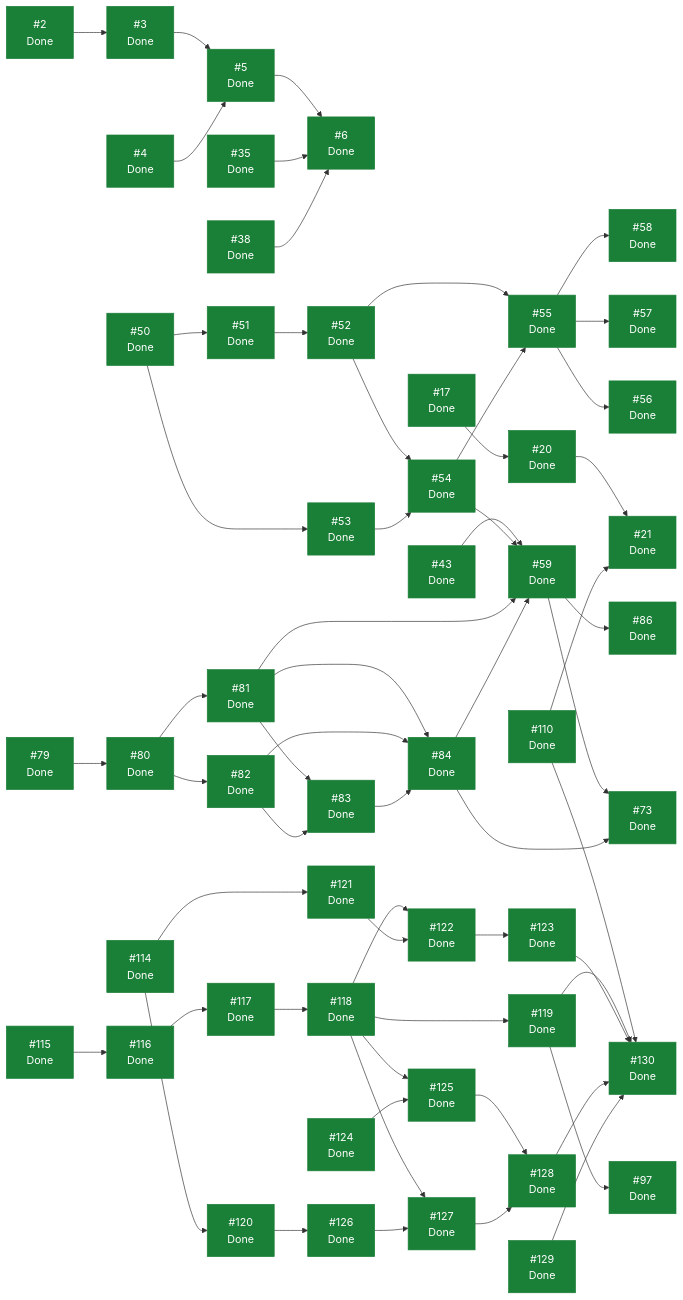
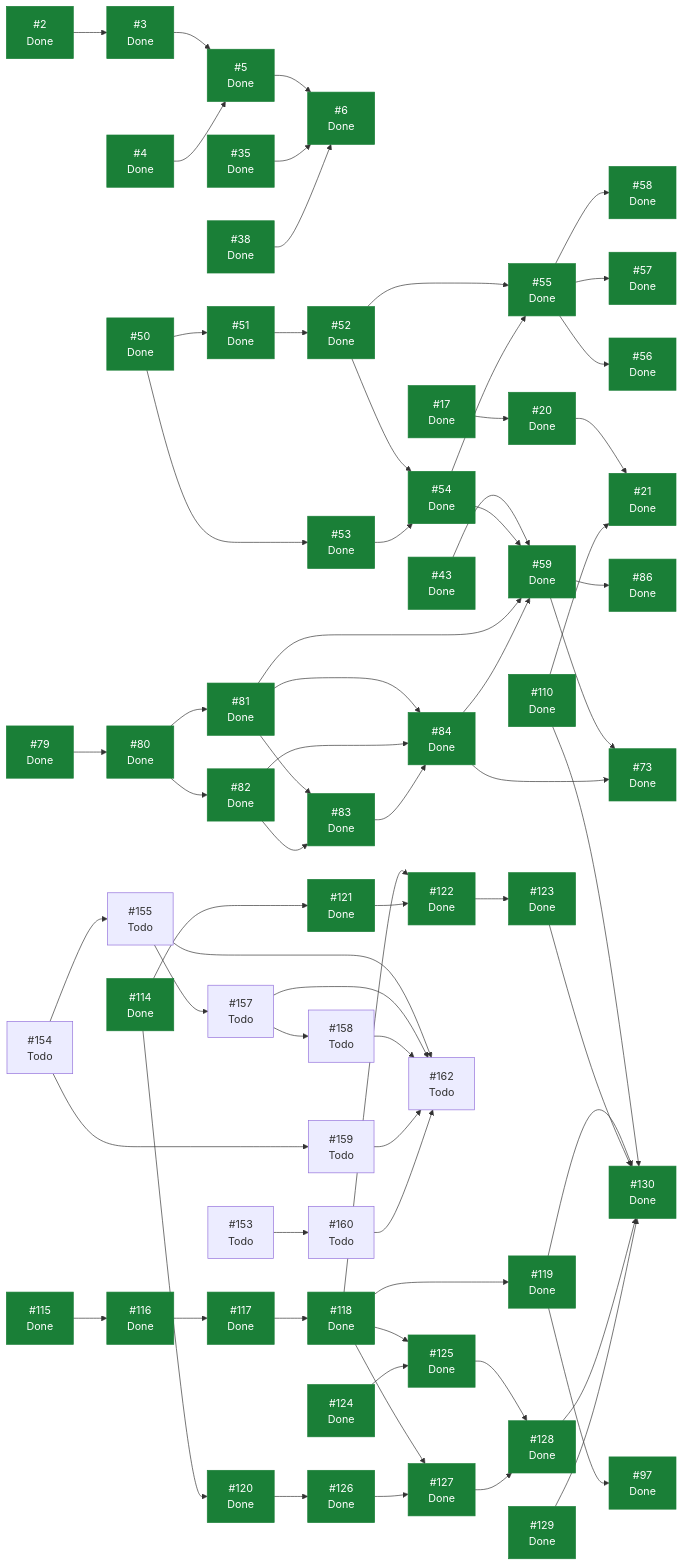
Before and after one commit to ecamp0s/evault: the diagram in docs/planning/STATUS.md, drawn with Mermaid. The commit also changed other lines of this file and 2 other files, not shown here.

````diff
--- a/docs/planning/STATUS.md
+++ b/docs/planning/STATUS.md
@@ -185,6 +209,14 @@
   I128["#128<br/>Done"]
   I129["#129<br/>Done"]
   I130["#130<br/>Done"]
+  I153["#153<br/>Todo"]
+  I154["#154<br/>Todo"]
+  I155["#155<br/>Todo"]
+  I157["#157<br/>Todo"]
+  I158["#158<br/>Todo"]
+  I159["#159<br/>Todo"]
+  I160["#160<br/>Todo"]
+  I162["#162<br/>Todo"]
   I2 --> I3
   I3 --> I5
   I4 --> I5
@@ -241,6 +273,16 @@
   I127 --> I128
   I128 --> I130
   I129 --> I130
+  I153 --> I160
+  I154 --> I155
+  I154 --> I159
+  I155 --> I157
+  I155 --> I162
+  I157 --> I158
+  I157 --> I162
+  I158 --> I162
+  I159 --> I162
+  I160 --> I162
   classDef hecho fill:#1a7f37,stroke:#1a7f37,color:#fff;
   class I2,I3,I4,I5,I6,I17,I20,I21,I35,I38,I43,I50,I51,I52,I53,I54,I55,I56,I57,I58,I59,I73,I79,I80,I81,I82,I83,I84,I86,I97,I110,I114,I115,I116,I117,I118,I119,I120,I121,I122,I123,I124,I125,I126,I127,I128,I129,I130 hecho;
 ```
````
